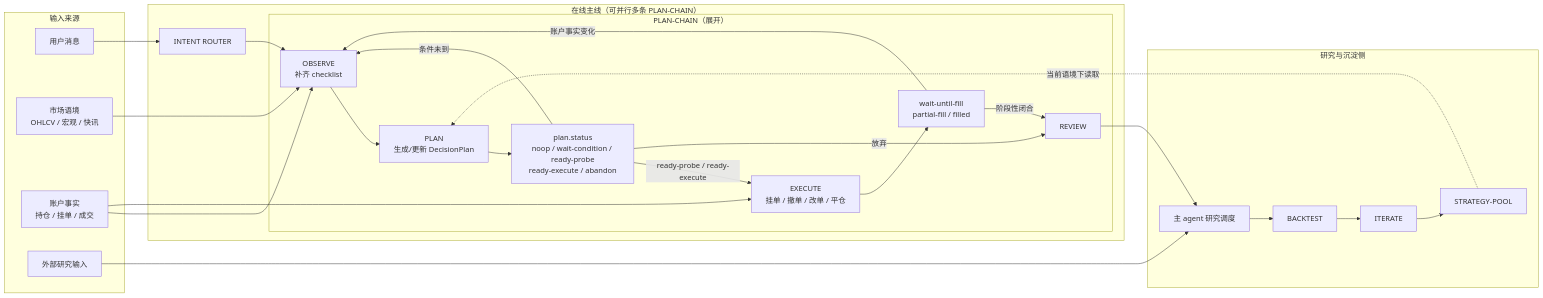
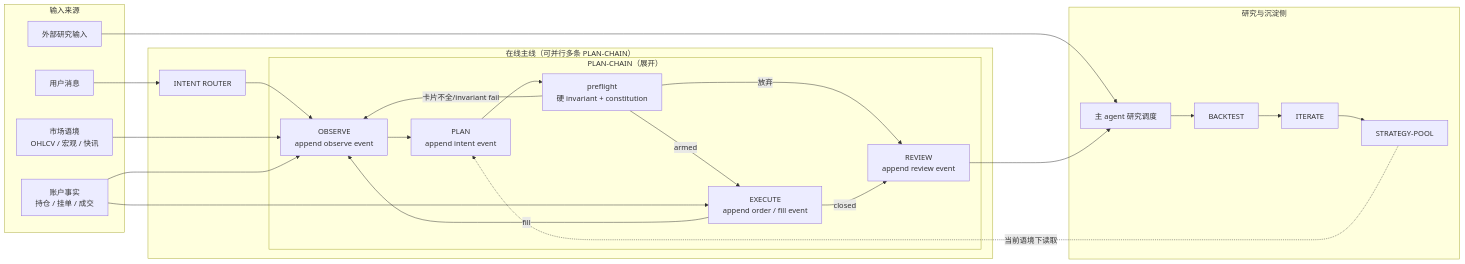
Before and after one commit to qOeOp/trade: the diagram in docs/design-architecture.md, drawn with Mermaid. The commit also changed other lines of this file and 3 other files, not shown here.

Commit message:
docs: switch plan design to event stream

````diff
--- a/docs/design-architecture.md
+++ b/docs/design-architecture.md
@@ -18,46 +20,44 @@
 ```mermaid
 flowchart LR
   subgraph INPUT["输入来源"]
     U["用户消息"]
     M["市场语境<br/>OHLCV / 宏观 / 快讯"]
     A["账户事实<br/>持仓 / 挂单 / 成交"]
     X["外部研究输入"]
   end
 
   subgraph ONLINE["在线主线（可并行多条 PLAN-CHAIN）"]
     R["INTENT ROUTER"]
 
     subgraph PC1["PLAN-CHAIN（展开）"]
-      O1["OBSERVE<br/>补齐 checklist"]
-      P1["PLAN<br/>生成/更新 DecisionPlan"]
-      S1["plan.status<br/>noop / wait-condition / ready-probe<br/>ready-execute / abandon"]
-      E1["EXECUTE<br/>挂单 / 撤单 / 改单 / 平仓"]
-      F1["wait-until-fill<br/>partial-fill / filled"]
-      V1["REVIEW"]
+      O1["OBSERVE<br/>append observe event"]
+      P1["PLAN<br/>append intent event"]
+      G1["preflight<br/>硬 invariant + constitution"]
+      E1["EXECUTE<br/>append order / fill event"]
+      V1["REVIEW<br/>append review event"]
 
-      O1 --> P1 --> S1
-      S1 -->|条件未到| O1
-      S1 -->|ready-probe / ready-execute| E1
-      E1 --> F1
-      F1 -->|账户事实变化| O1
-      F1 -->|阶段性闭合| V1
-      S1 -->|放弃| V1
+      O1 --> P1 --> G1
+      G1 -->|卡片不全/invariant fail| O1
+      G1 -->|armed| E1
+      E1 -->|fill| O1
+      G1 -->|放弃| V1
+      E1 -->|closed| V1
     end
   end
 
   subgraph RESEARCH["研究与沉淀侧"]
     D1["主 agent 研究调度"]
     B1["BACKTEST"]
     I1["ITERATE"]
     SP["STRATEGY-POOL"]
     D1 --> B1 --> I1 --> SP
   end
 
   U --> R --> O1
   M --> O1
   A --> O1
   A --> E1
   X --> D1
   V1 --> D1
   SP -.当前语境下读取.-> P1
 ```
````
